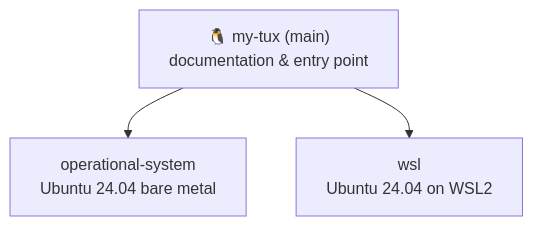
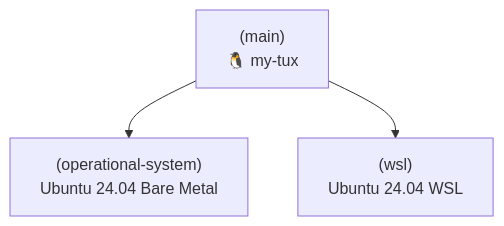
The diagram in README.md (rickelmedias/my-tux), drawn with Mermaid before and after one commit.

Commit message:
docs: update Mermaid node labels

````diff
--- a/README.md
+++ b/README.md
@@ -13,6 +13,6 @@
 ```mermaid
 flowchart TD
-    main["🐧 my-tux (main)\ndocumentation & entry point"]
-    main --> os["operational-system\nUbuntu 24.04 bare metal"]
-    main --> wsl["wsl\nUbuntu 24.04 on WSL2"]
+    main["(main)\n🐧 my-tux"]
+    main --> os["(operational-system)\nUbuntu 24.04 Bare Metal"]
+    main --> wsl["(wsl)\nUbuntu 24.04 WSL"]
 ```
````
